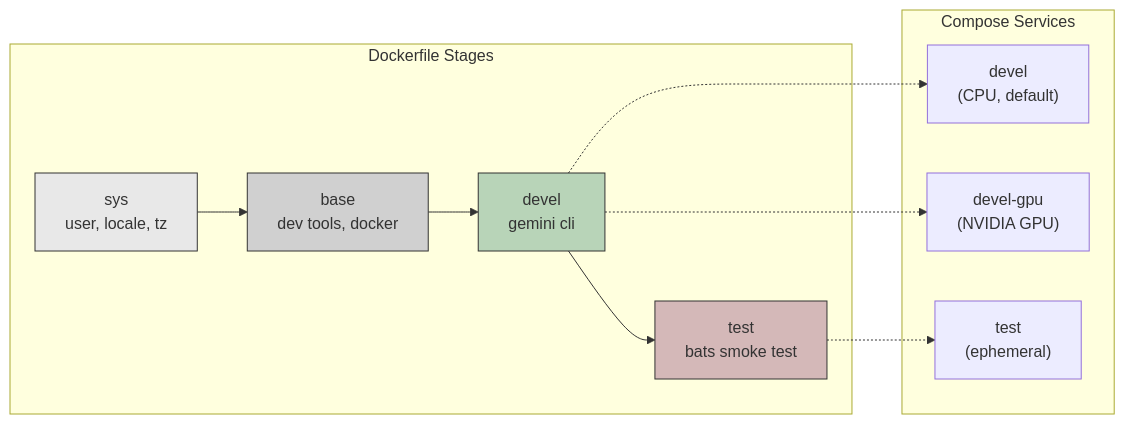
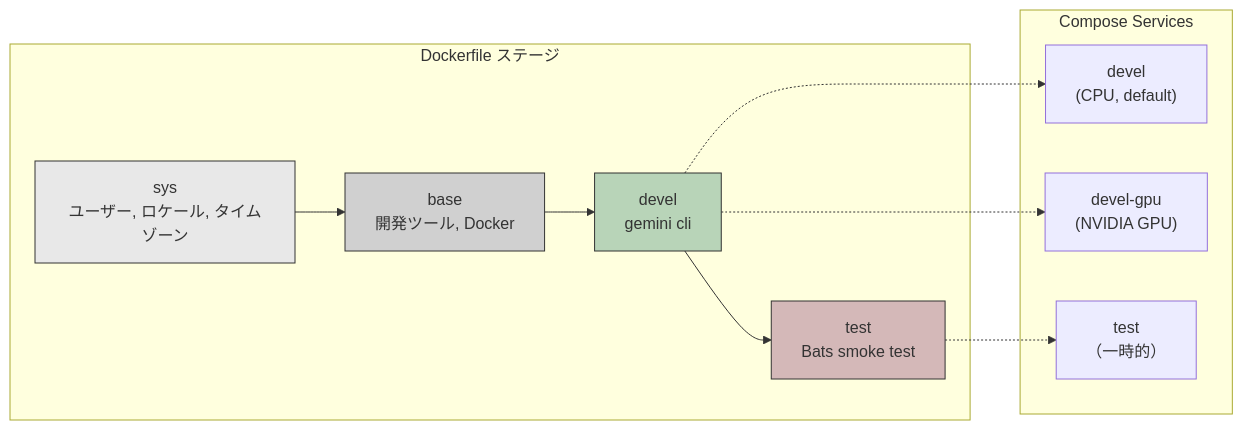
The second of 3 diagrams in doc/README.ja.md (ycpss91255-docker/gemini_cli), drawn with Mermaid before and after one commit. The commit also changed other lines of this file and 2 other files, not shown here.

First line of the commit message:
docs: keep 'smoke test' as proper noun in i18n

````diff
--- a/doc/README.ja.md
+++ b/doc/README.ja.md
@@ -69,26 +69,26 @@
 ```mermaid
 graph LR
-    subgraph "Dockerfile Stages"
-        sys["sys<br/>user, locale, tz"]
-        base["base<br/>dev tools, docker"]
+    subgraph "Dockerfile ステージ"
+        sys["sys<br/>ユーザー, ロケール, タイムゾーン"]
+        base["base<br/>開発ツール, Docker"]
         devel["devel<br/>gemini cli"]
-        test["test<br/>bats smoke test"]
+        test["test<br/>Bats smoke test"]
     end
 
     sys --> base --> devel --> test
 
     subgraph "Compose Services"
         S_CPU["devel<br/>(CPU, default)"]
         S_GPU["devel-gpu<br/>(NVIDIA GPU)"]
-        S_Test["test<br/>(ephemeral)"]
+        S_Test["test<br/>（一時的）"]
     end
 
     devel -.-> S_CPU
     devel -.-> S_GPU
     test -.-> S_Test
 
     style sys fill:#e8e8e8,stroke:#333
     style base fill:#d0d0d0,stroke:#333
     style devel fill:#b8d4b8,stroke:#333
     style test fill:#d4b8b8,stroke:#333
 ```
````
